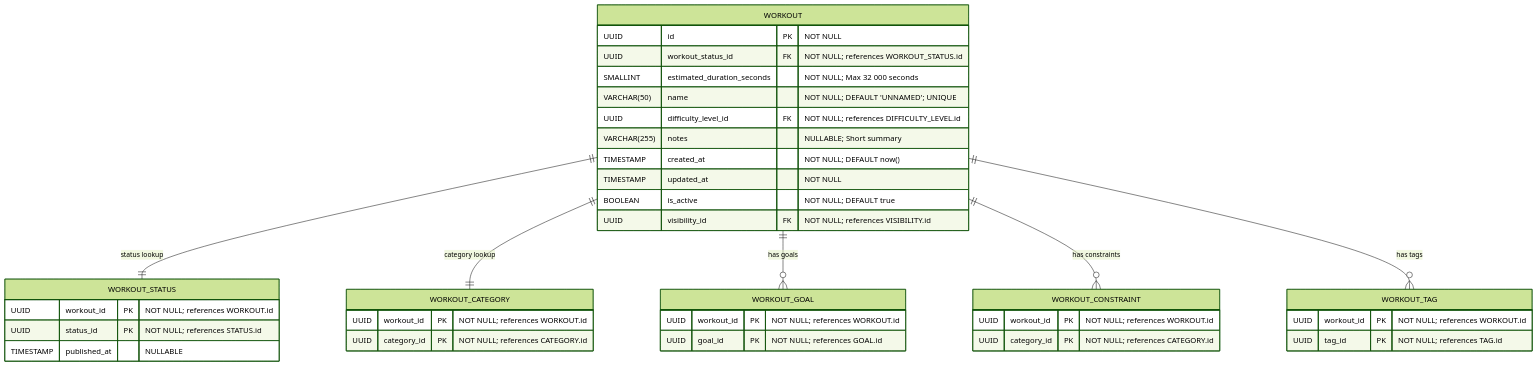
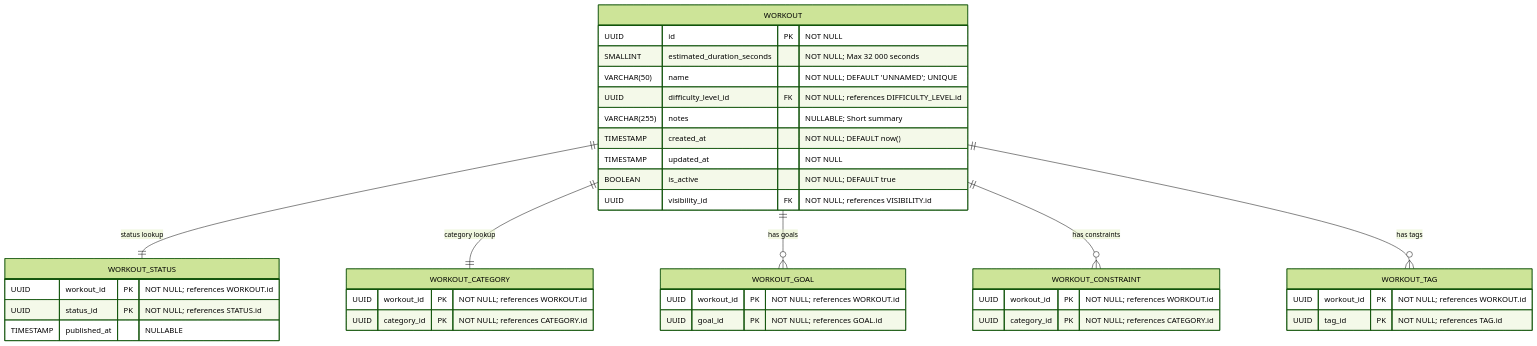
The diagram in docs/workout/core_workout_definition_classification.md (Dratharias/Motriforge), drawn with Mermaid (forest theme) before and after one commit. The commit also changed 31 other files, not shown here.

````diff
--- a/docs/workout/core_workout_definition_classification.md
+++ b/docs/workout/core_workout_definition_classification.md
@@ -8,51 +8,50 @@
 ```mermaid
 erDiagram
   %%=== Layer 1: Core Workout & Classification ===%%
 
   WORKOUT {
     UUID id PK                         "NOT NULL"
-    UUID workout_status_id FK          "NOT NULL; references WORKOUT_STATUS.id"
     SMALLINT estimated_duration_seconds "NOT NULL; Max 32 000 seconds"
     VARCHAR(50) name                   "NOT NULL; DEFAULT 'UNNAMED'; UNIQUE"
     UUID difficulty_level_id FK        "NOT NULL; references DIFFICULTY_LEVEL.id"
     VARCHAR(255) notes                 "NULLABLE; Short summary"
     TIMESTAMP created_at               "NOT NULL; DEFAULT now()"
     TIMESTAMP updated_at               "NOT NULL"
     BOOLEAN is_active                  "NOT NULL; DEFAULT true"
     UUID visibility_id FK              "NOT NULL; references VISIBILITY.id"
   }
 
   %%— Classification & Lookup Tables —
   WORKOUT_STATUS {
     UUID workout_id PK "NOT NULL; references WORKOUT.id"
     UUID status_id PK  "NOT NULL; references STATUS.id"
     TIMESTAMP published_at "NULLABLE"
   }
 
   WORKOUT_CATEGORY {
     UUID workout_id PK "NOT NULL; references WORKOUT.id"
     UUID category_id PK "NOT NULL; references CATEGORY.id"
   }
 
   WORKOUT_GOAL {
     UUID workout_id PK "NOT NULL; references WORKOUT.id"
     UUID goal_id PK    "NOT NULL; references GOAL.id"
   }
 
   WORKOUT_CONSTRAINT {
     UUID workout_id PK "NOT NULL; references WORKOUT.id"
     UUID category_id PK "NOT NULL; references CATEGORY.id"
   }
 
   WORKOUT_TAG {
     UUID workout_id PK "NOT NULL; references WORKOUT.id"
     UUID tag_id PK     "NOT NULL; references TAG.id"
   }
 
   %%— Relationships in Layer 1 —
   WORKOUT ||--|| WORKOUT_STATUS     : "status lookup"
   WORKOUT ||--|| WORKOUT_CATEGORY   : "category lookup"
   WORKOUT ||--o{ WORKOUT_GOAL       : "has goals"
   WORKOUT ||--o{ WORKOUT_CONSTRAINT : "has constraints"
   WORKOUT ||--o{ WORKOUT_TAG        : "has tags"
 ```
````
